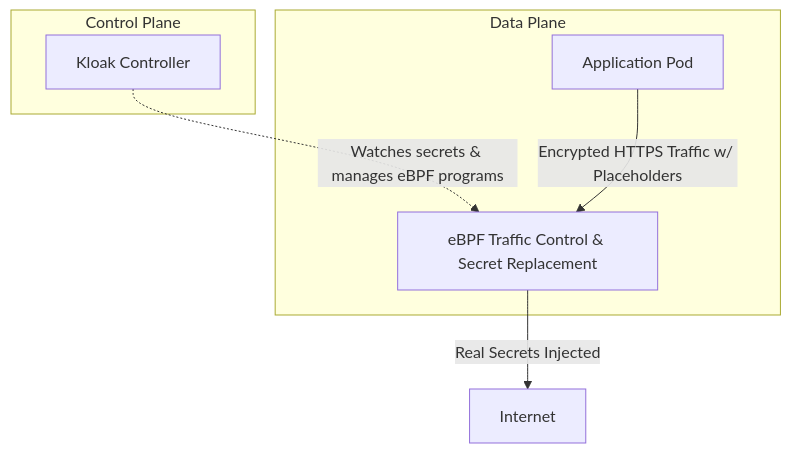
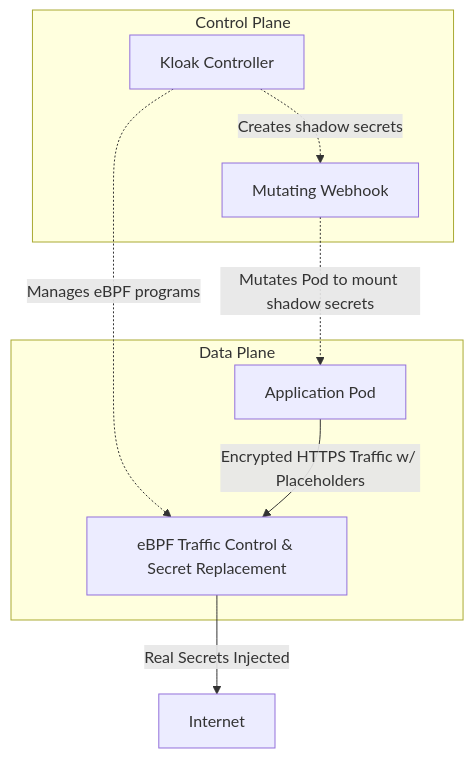
Before and after one commit to spinningfactory/kloak: the diagram in README.md, drawn with Mermaid. The commit also changed other lines of this file, not shown here.

Commit message:
docs: Update architecture diagram, component table, and directory description to include the mutating webhook.

````diff
--- a/README.md
+++ b/README.md
@@ -37,15 +37,18 @@
 ```mermaid
 graph TD
     subgraph Control Plane
         C[Kloak Controller]
+        W[Mutating Webhook]
     end
     
     subgraph Data Plane
         P[Application Pod]
         E[eBPF Traffic Control & Secret Replacement]
     end
     
-    C -.->|Watches secrets & manages eBPF programs| E
+    C -.->|Creates shadow secrets| W
+    W -.->|Mutates Pod to mount shadow secrets| P
+    C -.->|Manages eBPF programs| E
     P -->|Encrypted HTTPS Traffic w/ Placeholders| E
     E -->|Real Secrets Injected| Internet
 ```
````
